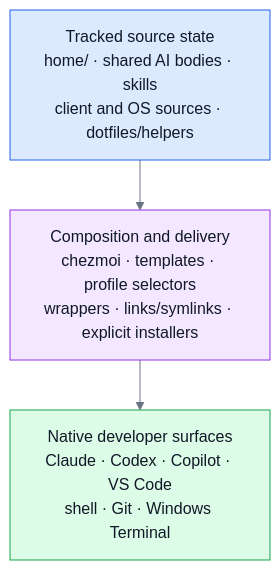
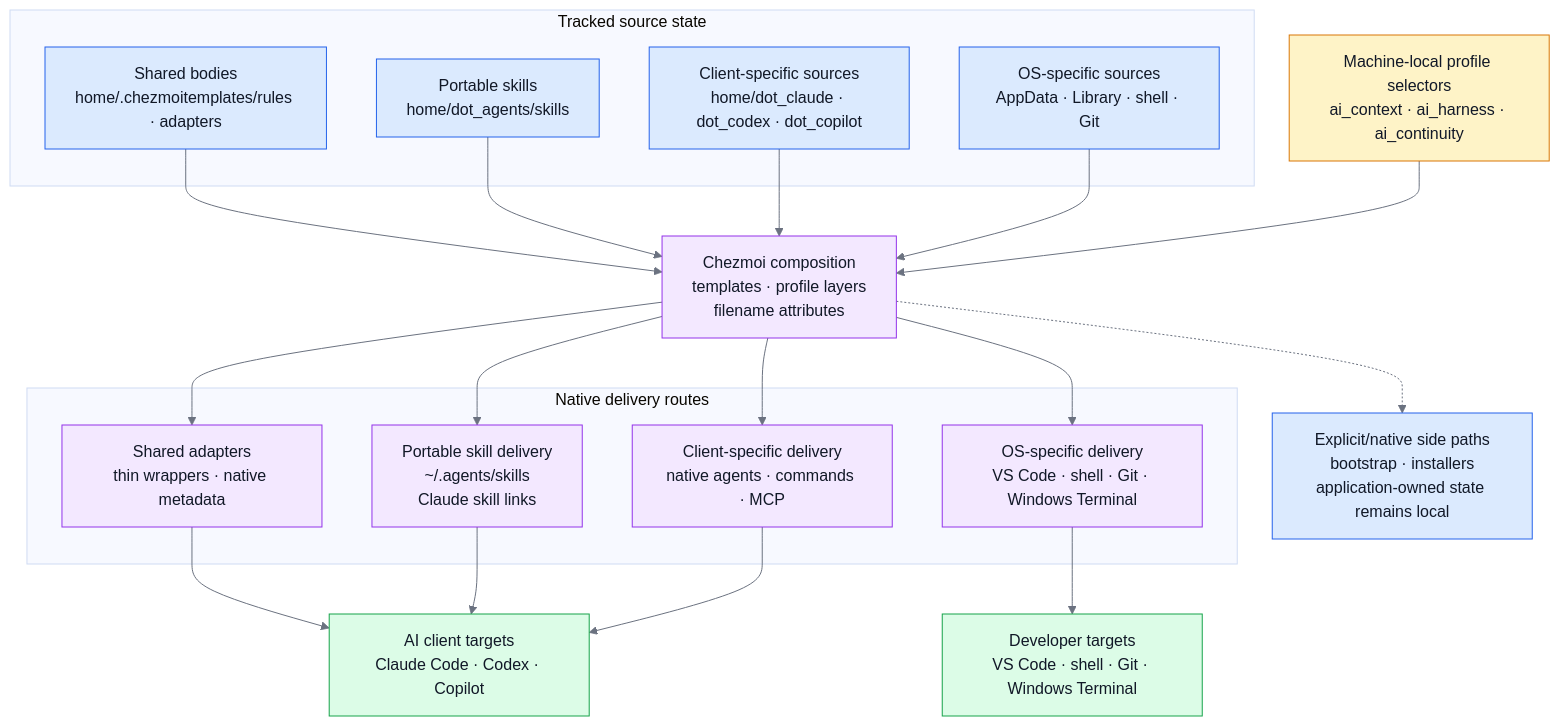
One commit to sherrilla71940/dotfiles changed the first of 4 diagrams in README.md. Above: the diagram before and after it, drawn with Mermaid. The commit also changed other lines of this file and 5 other files, not shown here.

````diff
--- a/README.md
+++ b/README.md
@@ -124,16 +98,42 @@
 ```mermaid
 %%{init: {"theme": "base", "themeVariables": {"primaryTextColor": "#111827", "nodeTextColor": "#111827", "textColor": "#111827", "lineColor": "#6b7280"}, "flowchart": {"useMaxWidth": true}}}%%
 flowchart TB
-    sources["Tracked source state<br/>home/ · shared AI bodies · skills<br/>client and OS sources · dotfiles/helpers"]:::source
-    delivery["Composition and delivery<br/>chezmoi · templates · profile selectors<br/>wrappers · links/symlinks · explicit installers"]:::process
-    targets["Native developer surfaces<br/>Claude · Codex · Copilot · VS Code<br/>shell · Git · Windows Terminal"]:::target
-    sources --> delivery --> targets
+    selectors["Machine-local profile selectors<br/>ai_context · ai_harness · ai_continuity"]:::choice
+
+    subgraph sources["Tracked source state"]
+        sharedSource["Shared bodies<br/>home/.chezmoitemplates/rules · adapters"]:::source
+        portableSource["Portable skills<br/>home/dot_agents/skills"]:::source
+        clientSource["Client-specific sources<br/>home/dot_claude · dot_codex · dot_copilot"]:::source
+        osSource["OS-specific sources<br/>AppData · Library · shell · Git"]:::source
+    end
+
+    compose["Chezmoi composition<br/>templates · profile layers<br/>filename attributes"]:::process
+
+    subgraph routes["Native delivery routes"]
+        sharedRoute["Shared adapters<br/>thin wrappers · native metadata"]:::process
+        portableRoute["Portable skill delivery<br/>~/.agents/skills<br/>Claude skill links"]:::process
+        clientRoute["Client-specific delivery<br/>native agents · commands · MCP"]:::process
+        osRoute["OS-specific delivery<br/>VS Code · shell · Git · Windows Terminal"]:::process
+    end
+
+    aiTargets["AI client targets<br/>Claude Code · Codex · Copilot"]:::target
+    developerTargets["Developer targets<br/>VS Code · shell · Git · Windows Terminal"]:::target
+    side["Explicit/native side paths<br/>bootstrap · installers<br/>application-owned state remains local"]:::handoff
+
+    sharedSource --> compose
+    portableSource --> compose
+    clientSource --> compose
+    osSource --> compose
+    selectors --> compose
+    compose --> sharedRoute --> aiTargets
+    compose --> portableRoute --> aiTargets
+    compose --> clientRoute --> aiTargets
+    compose --> osRoute --> developerTargets
+    compose -.-> side
 
     classDef source fill:#dbeafe,stroke:#2563eb,color:#111827
+    classDef choice fill:#fef3c7,stroke:#d97706,color:#111827
     classDef process fill:#f3e8ff,stroke:#9333ea,color:#111827
     classDef target fill:#dcfce7,stroke:#16a34a,color:#111827
-
-    style sources color:#111827
-    style delivery color:#111827
-    style targets color:#111827
+    classDef handoff fill:#dbeafe,stroke:#2563eb,color:#111827
 ```
````
